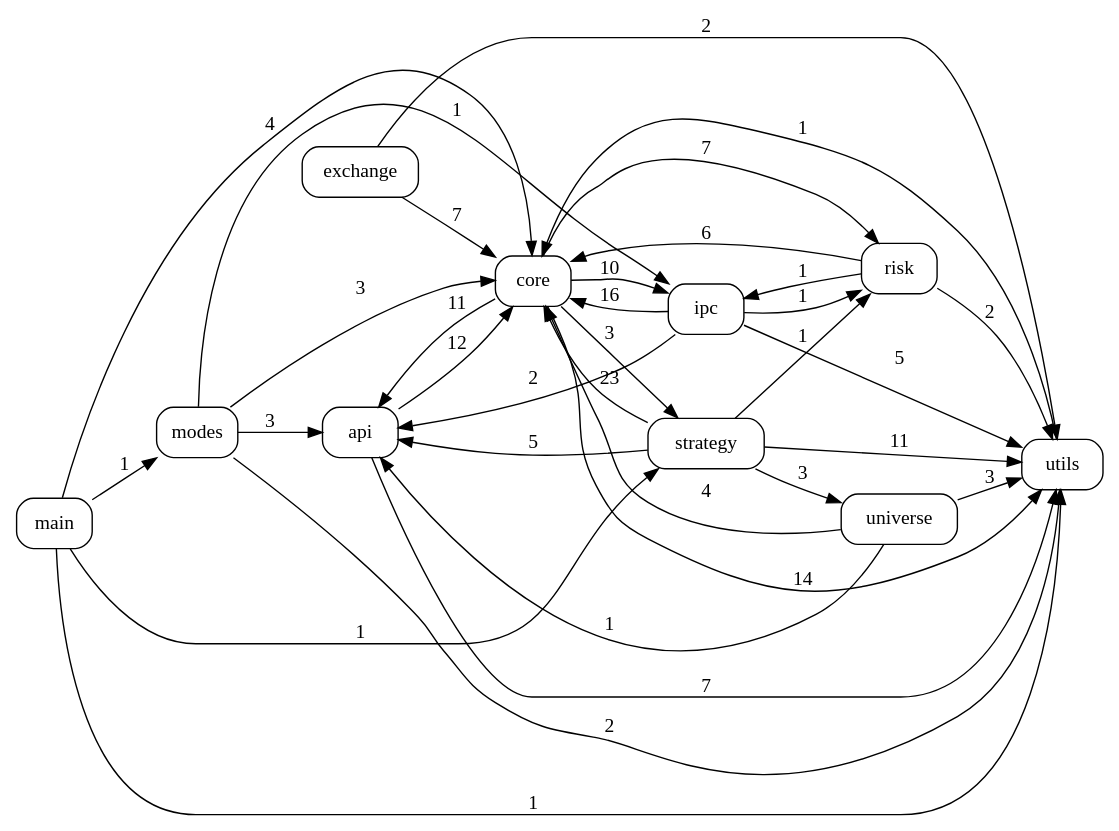
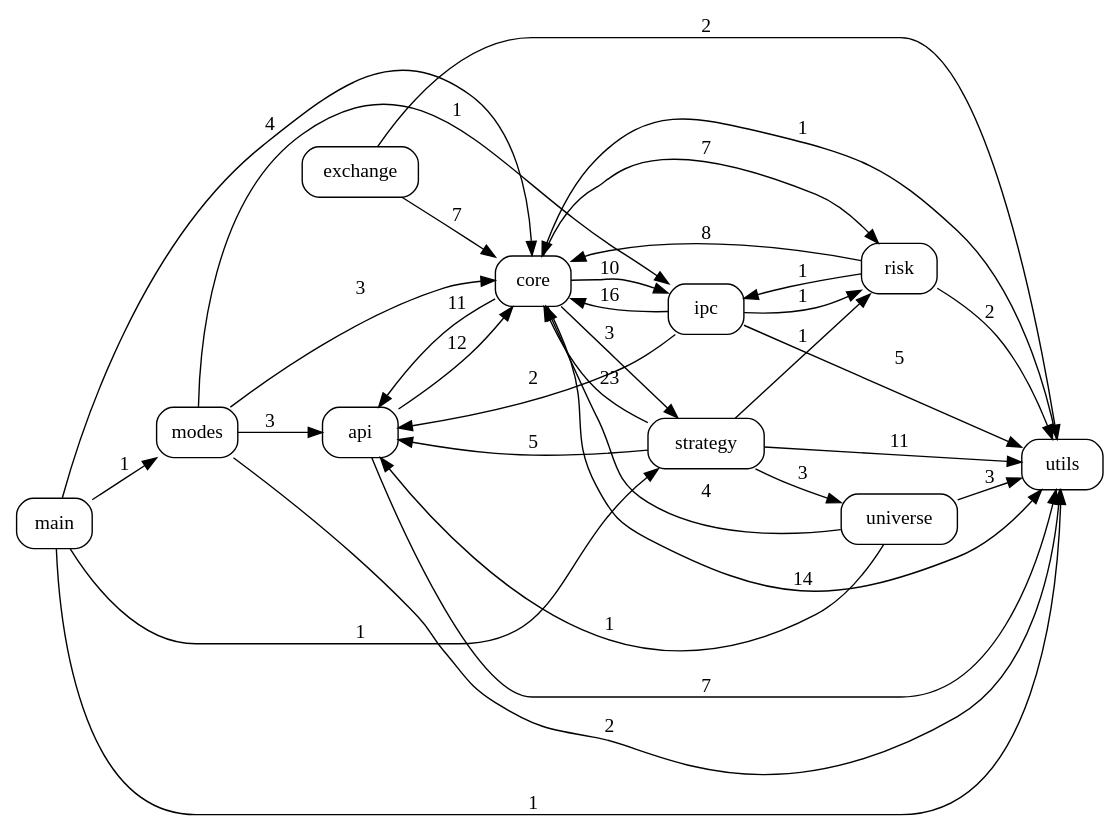
The diagram in docs/code_graph.dot (pypy8171/Quant), drawn with Graphviz before and after one commit. The commit also changed 11 other files, not shown here.

```diff
--- a/docs/code_graph.dot
+++ b/docs/code_graph.dot
@@ -1,47 +1,47 @@
 digraph code_graph {
   rankdir=LR;
   node [shape=box, style=rounded, fontname="Consolas"];
   "api";
   "core";
   "exchange";
   "ipc";
   "main";
   "modes";
   "risk";
   "strategy";
   "universe";
   "utils";
   "api" -> "core" [label="12"];
   "api" -> "utils" [label="7"];
   "core" -> "api" [label="11"];
   "core" -> "ipc" [label="10"];
   "core" -> "risk" [label="7"];
   "core" -> "strategy" [label="3"];
   "core" -> "utils" [label="14"];
   "exchange" -> "core" [label="7"];
   "exchange" -> "utils" [label="2"];
   "ipc" -> "api" [label="2"];
   "ipc" -> "core" [label="16"];
   "ipc" -> "risk" [label="1"];
   "ipc" -> "utils" [label="5"];
   "main" -> "core" [label="4"];
   "main" -> "modes" [label="1"];
   "main" -> "strategy" [label="1"];
   "main" -> "utils" [label="1"];
   "modes" -> "api" [label="3"];
   "modes" -> "core" [label="3"];
   "modes" -> "ipc" [label="1"];
   "modes" -> "utils" [label="2"];
-  "risk" -> "core" [label="6"];
+  "risk" -> "core" [label="8"];
   "risk" -> "ipc" [label="1"];
   "risk" -> "utils" [label="2"];
   "strategy" -> "api" [label="5"];
   "strategy" -> "core" [label="23"];
   "strategy" -> "risk" [label="1"];
   "strategy" -> "universe" [label="3"];
   "strategy" -> "utils" [label="11"];
   "universe" -> "api" [label="1"];
   "universe" -> "core" [label="4"];
   "universe" -> "utils" [label="3"];
   "utils" -> "core" [label="1"];
 }
```
